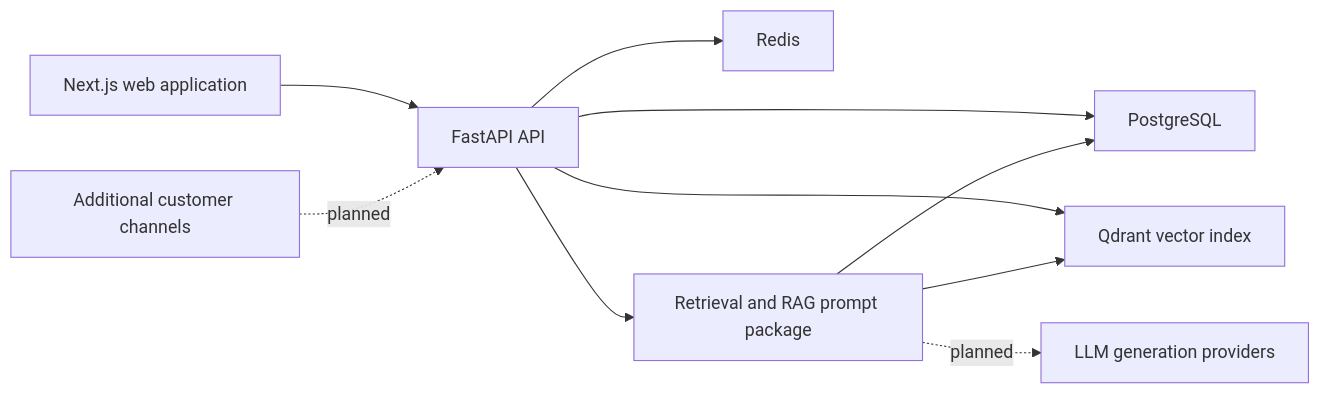
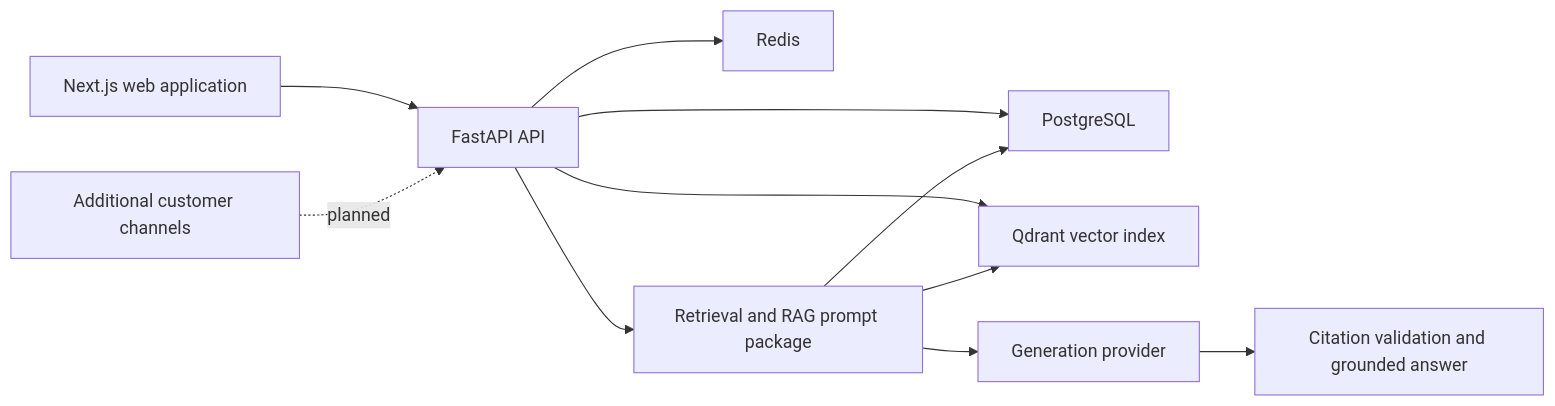
The diagram in README.md (nontawatpoonkong/oneinflowai-platform), drawn with Mermaid before and after one commit. The commit also changed other lines of this file and 13 other files, not shown here.

Commit message:
feat(rag): add grounded LLM generation

````diff
--- a/README.md
+++ b/README.md
@@ -11,12 +11,13 @@
 ```mermaid
 flowchart LR
     UI["Next.js web application"] --> API["FastAPI API"]
     API --> PG["PostgreSQL"]
     API --> Redis["Redis"]
     API --> Qdrant["Qdrant vector index"]
     API --> RAG["Retrieval and RAG prompt package"]
     RAG --> Qdrant
     RAG --> PG
-    RAG -. "planned" .-> LLM["LLM generation providers"]
+    RAG --> LLM["Generation provider"]
+    LLM --> Validation["Citation validation and grounded answer"]
     Channels["Additional customer channels"] -. "planned" .-> API
 ```
````
